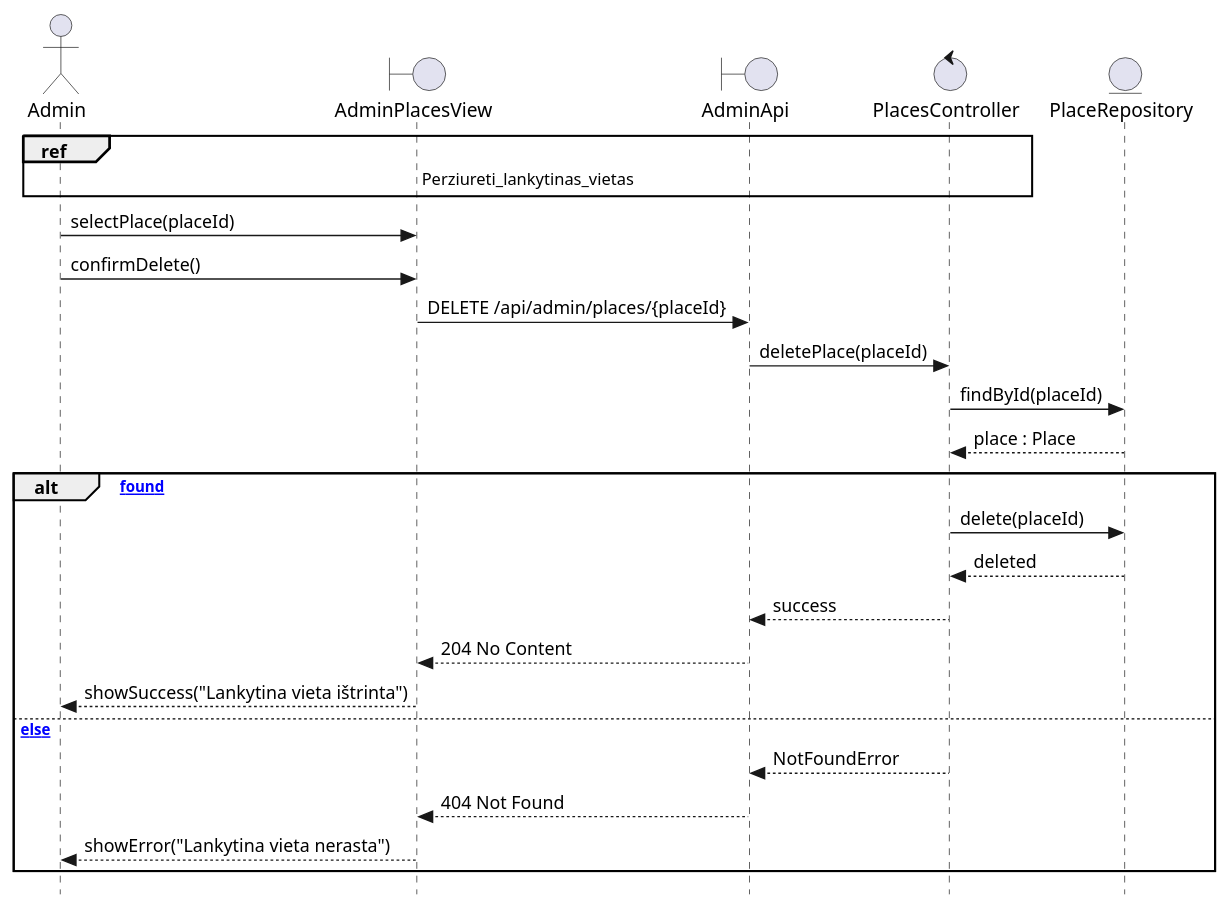
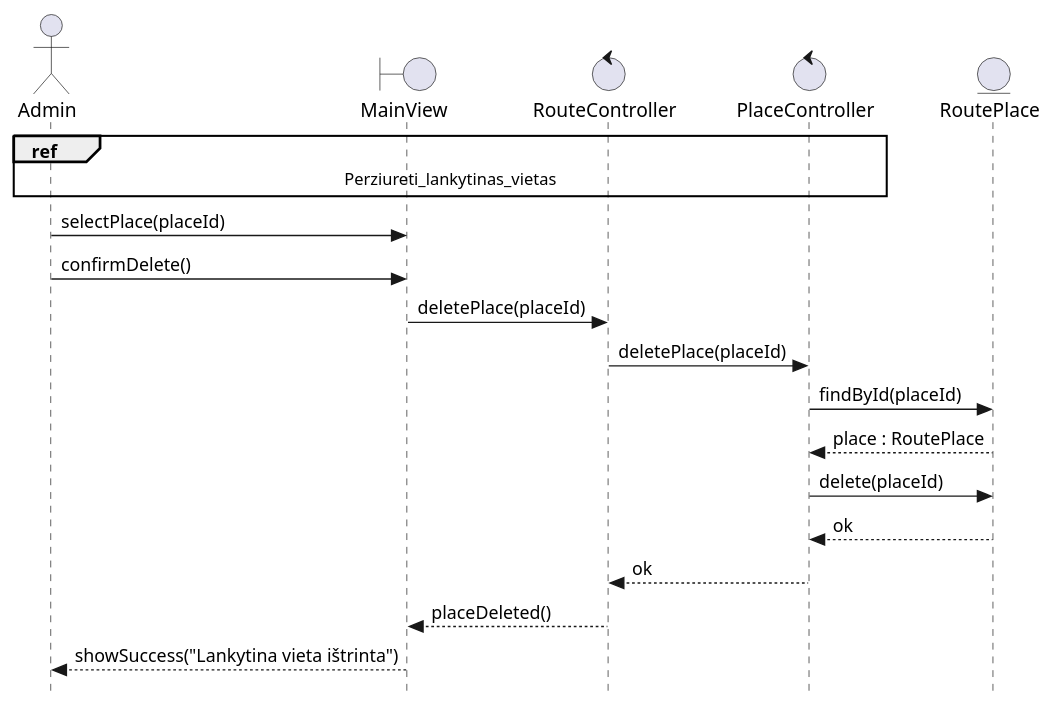
One commit to SauliusDev/ps-projektas changed the diagram in _refs/diagrams-new-quick/sequence/administratoriaus_posisteme/Istrinti_lankytina_vieta.puml. Above: the diagram before and after it, drawn with PlantUML. The commit also changed 86 other files, not shown here.

First line of the commit message:
feat: rewrite P2 sequence/package diagrams with proper BCE components

```diff
--- a/_refs/diagrams-new-quick/sequence/administratoriaus_posisteme/Istrinti_lankytina_vieta.puml
+++ b/_refs/diagrams-new-quick/sequence/administratoriaus_posisteme/Istrinti_lankytina_vieta.puml
@@ -1,30 +1,23 @@
 @startuml Istrinti_lankytina_vieta
 skinparam style strictuml
 
 actor Admin as A
-boundary AdminPlacesView as V
-boundary AdminApi as API
-control PlacesController as C
-entity PlaceRepository as R
+boundary MainView as V
+control RouteController as FEC
+control PlaceController as BEC
+entity RoutePlace as E
 
-ref over A, V, API, C : Perziureti_lankytinas_vietas
+ref over A, V, FEC, BEC : Perziureti_lankytinas_vietas
 
 A -> V : selectPlace(placeId)
 A -> V : confirmDelete()
-V -> API : DELETE /api/admin/places/{placeId}
-API -> C : deletePlace(placeId)
-C -> R : findById(placeId)
-R --> C : place : Place
-
-alt [place found]
-  C -> R : delete(placeId)
-  R --> C : deleted
-  C --> API : success
-  API --> V : 204 No Content
-  V --> A : showSuccess("Lankytina vieta ištrinta")
-else [else]
-  C --> API : NotFoundError
-  API --> V : 404 Not Found
-  V --> A : showError("Lankytina vieta nerasta")
-end
+V -> FEC : deletePlace(placeId)
+FEC -> BEC : deletePlace(placeId)
+BEC -> E : findById(placeId)
+E --> BEC : place : RoutePlace
+BEC -> E : delete(placeId)
+E --> BEC : ok
+BEC --> FEC : ok
+FEC --> V : placeDeleted()
+V --> A : showSuccess("Lankytina vieta ištrinta")
 @enduml
```
